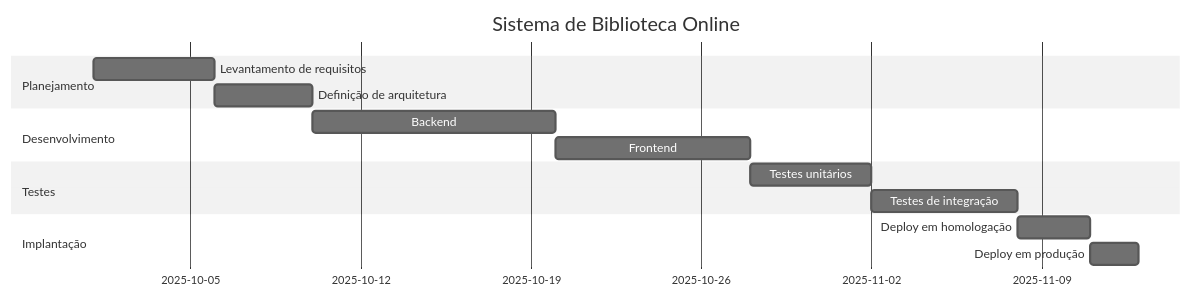
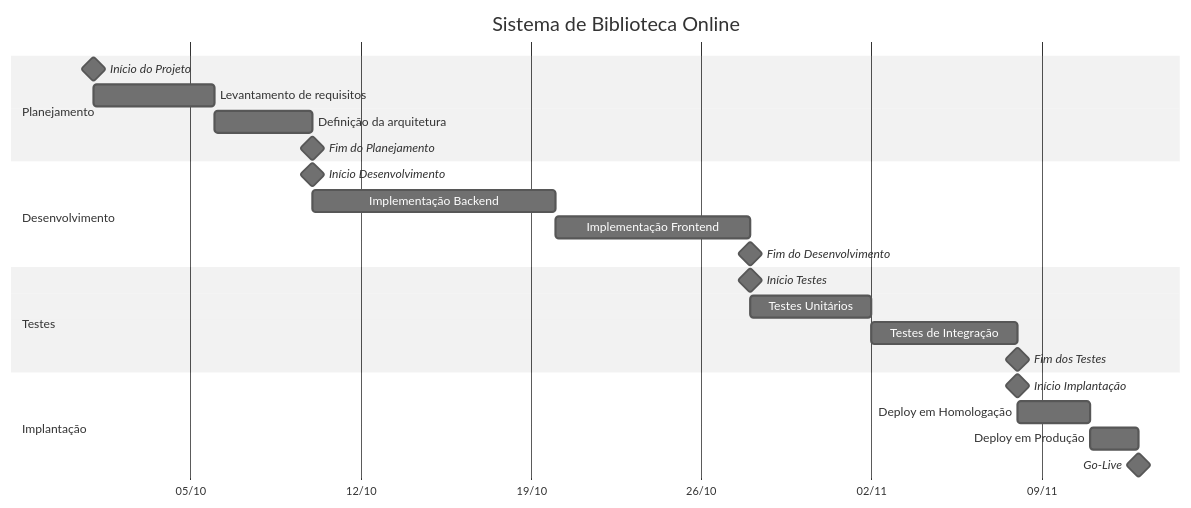
One commit to ViniSouzaCosta/Gantt-Sistema_de_Biblioteca_Online changed the diagram in README.md. Above: the diagram before and after it, drawn with Mermaid (neutral theme).

````diff
--- a/README.md
+++ b/README.md
@@ -1,21 +1,43 @@
 ```mermaid
 gantt
     title Sistema de Biblioteca Online
     dateFormat  YYYY-MM-DD
+    axisFormat  %d/%m
 
+    %% ============================
+    %% PLANEJAMENTO
+    %% ============================
     section Planejamento
-    Levantamento de requisitos :a1, 2025-10-01, 5d
-    Definição de arquitetura   :a2, after a1, 4d
+    Início do Projeto               :milestone, m1, 2025-10-01, 0d
+    Levantamento de requisitos      :a1, 2025-10-01, 5d
+    Definição da arquitetura        :a2, after a1, 4d
+    Fim do Planejamento             :milestone, m2, after a2, 0d
 
+    %% ============================
+    %% DESENVOLVIMENTO
+    %% ============================
     section Desenvolvimento
-    Backend                    :b1, after a2, 10d
-    Frontend                   :b2, after b1, 8d
+    Início Desenvolvimento          :milestone, m3, after m2, 0d
+    Implementação Backend           :b1, after m2, 10d
+    Implementação Frontend          :b2, after b1, 8d
+    Fim do Desenvolvimento          :milestone, m4, after b2, 0d
 
+    %% ============================
+    %% TESTES
+    %% ============================
     section Testes
-    Testes unitários           :c1, after b2, 5d
-    Testes de integração       :c2, after c1, 6d
+    Início Testes                   :milestone, m5, after m4, 0d
+    Testes Unitários                :c1, after m4, 5d
+    Testes de Integração            :c2, after c1, 6d
+    Fim dos Testes                  :milestone, m6, after c2, 0d
 
+    %% ============================
+    %% IMPLANTAÇÃO
+    %% ============================
     section Implantação
-    Deploy em homologação      :d1, after c2, 3d
-    Deploy em produção         :d2, after d1, 2d
+    Início Implantação              :milestone, m7, after m6, 0d
+    Deploy em Homologação           :d1, after m6, 3d
+    Deploy em Produção              :d2, after d1, 2d
+    Go-Live                         :milestone, m8, after d2, 0d
+
 ```
````
